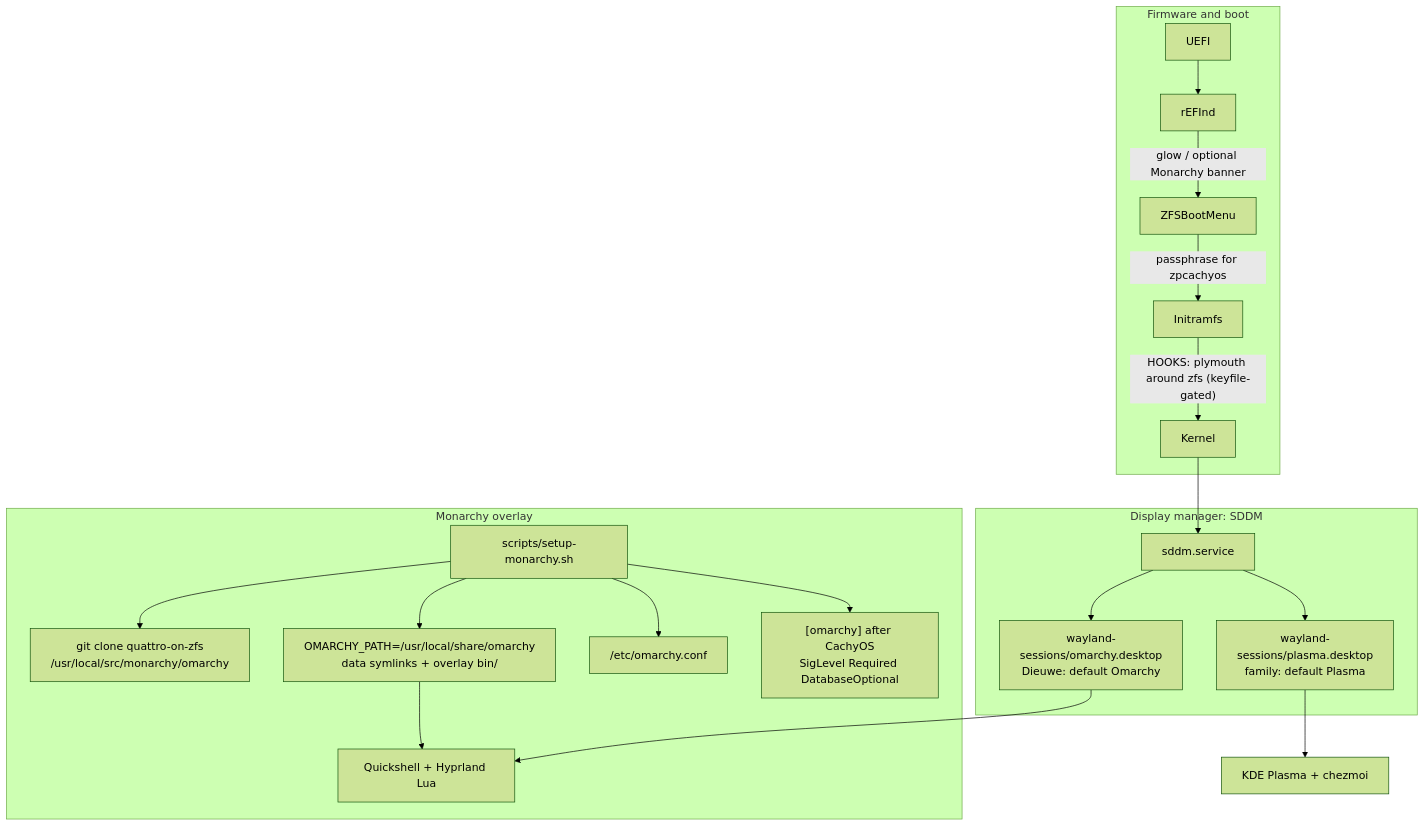
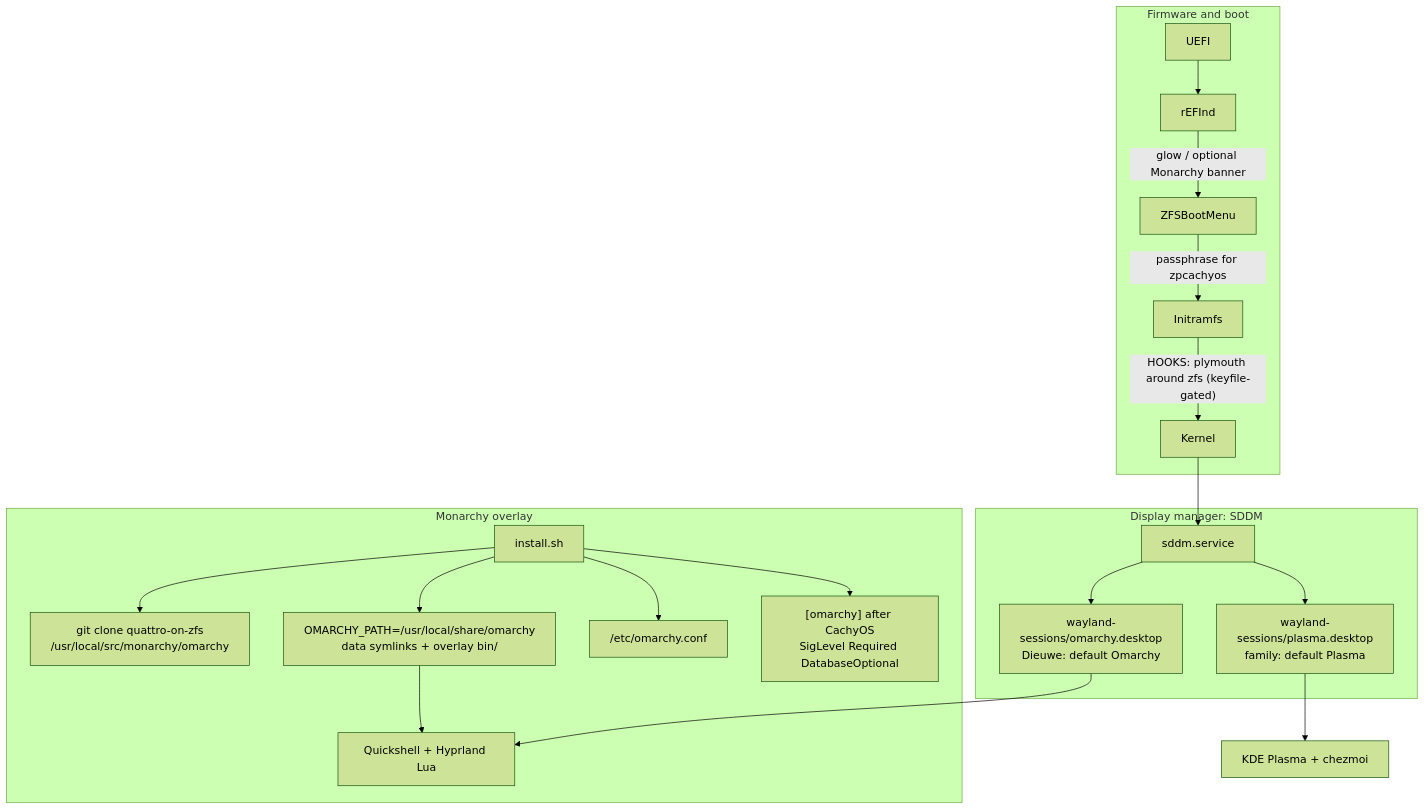
Before and after one commit to dieuwedeboer/dotfiles: the first of 3 diagrams in docs/monarchy.md, drawn with Mermaid (forest theme). The commit also changed other lines of this file and 122 other files, not shown here.

First line of the commit message:
Unify setup into one-shot install.sh

````diff
--- a/docs/monarchy.md
+++ b/docs/monarchy.md
@@ -123,31 +122,31 @@
 ```mermaid
 flowchart TB
   subgraph boot [Firmware and boot]
     UEFI --> rEFInd
     rEFInd -->|"glow / optional Monarchy banner"| ZBM[ZFSBootMenu]
     ZBM -->|"passphrase for zpcachyos"| Initramfs
     Initramfs -->|"HOOKS: plymouth around zfs (keyfile-gated)"| Kernel
   end
 
   subgraph dm [Display manager: SDDM]
     Kernel --> SDDM[sddm.service]
     SDDM --> PlasmaSession["wayland-sessions/plasma.desktop<br/>family: default Plasma"]
     SDDM --> OmarchySession["wayland-sessions/omarchy.desktop<br/>Dieuwe: default Omarchy"]
   end
 
   subgraph overlay [Monarchy overlay]
-    Bridge["scripts/setup-monarchy.sh"]
+    Bridge["install.sh"]
     Clone["git clone quattro-on-zfs<br/>/usr/local/src/monarchy/omarchy"]
     Work["OMARCHY_PATH=/usr/local/share/omarchy<br/>data symlinks + overlay bin/"]
     Conf["/etc/omarchy.conf"]
     Repo["[omarchy] after CachyOS<br/>SigLevel Required DatabaseOptional"]
     Bridge --> Clone
     Bridge --> Work
     Bridge --> Conf
     Bridge --> Repo
     OmarchySession --> QS[Quickshell + Hyprland Lua]
     Work --> QS
   end
 
   PlasmaSession --> KDE[KDE Plasma + chezmoi]
 ```
````
